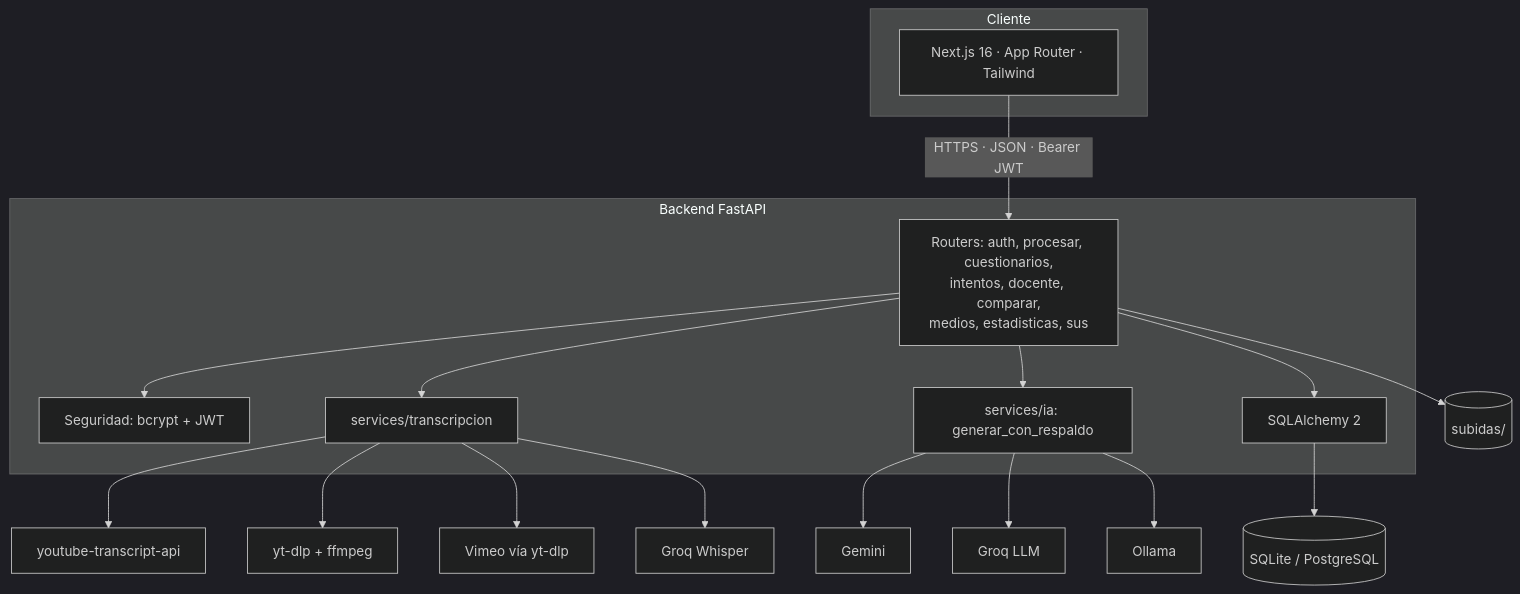
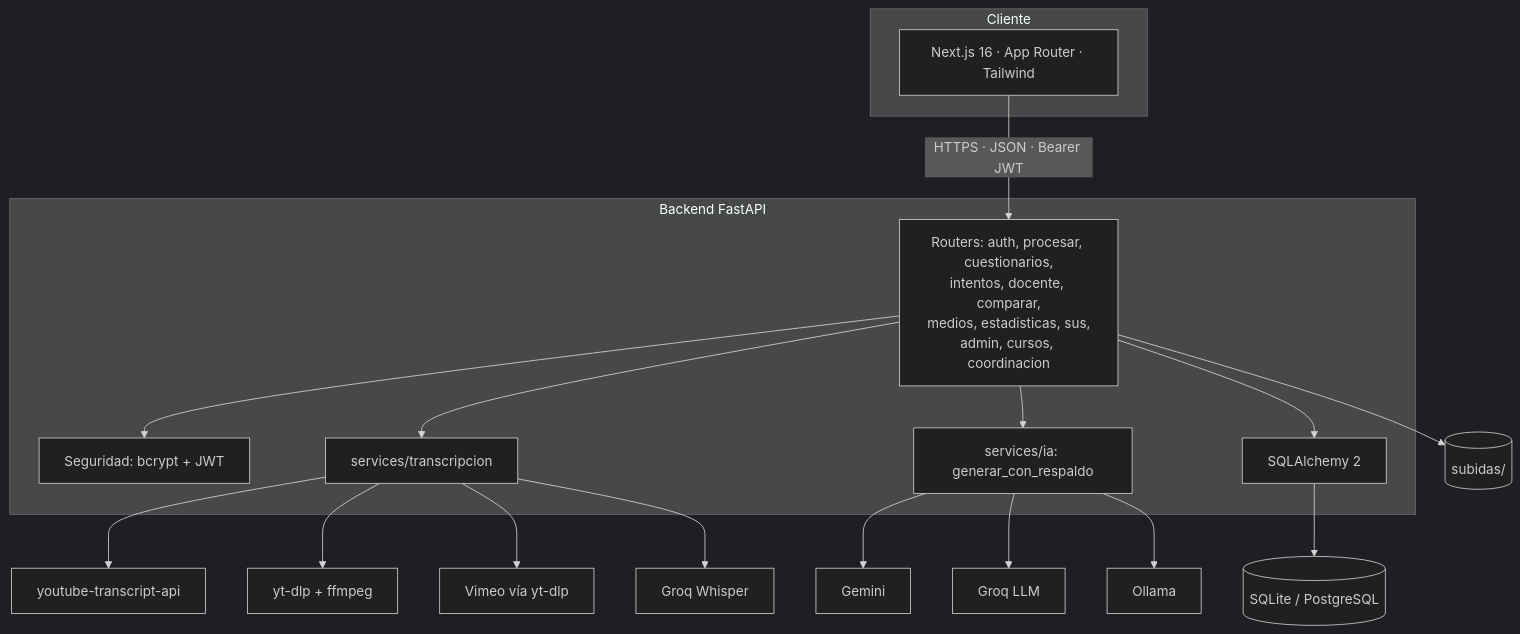
Before and after one commit to DevFajardo/plataforma-aprendizaje-ia: the first of 4 diagrams in docs/MANUAL_TECNICO.md, drawn with Mermaid (dark theme). The commit also changed other lines of this file and 53 other files, not shown here.

````diff
--- a/docs/MANUAL_TECNICO.md
+++ b/docs/MANUAL_TECNICO.md
@@ -5,27 +5,27 @@
 ```mermaid
 flowchart TB
     subgraph Cliente
         N[Next.js 16 · App Router · Tailwind]
     end
     subgraph Servidor["Backend FastAPI"]
-        R[Routers: auth, procesar, cuestionarios,<br/>intentos, docente, comparar,<br/>medios, estadisticas, sus]
+        R[Routers: auth, procesar, cuestionarios,<br/>intentos, docente, comparar,<br/>medios, estadisticas, sus,<br/>admin, cursos, coordinacion]
         S[Seguridad: bcrypt + JWT]
         T[services/transcripcion]
         I[services/ia: generar_con_respaldo]
         M[SQLAlchemy 2]
     end
     N -->|HTTPS · JSON · Bearer JWT| R
     R --> S
     R --> T
     R --> I
     R --> M
     M --> DB[(SQLite / PostgreSQL)]
     R --> FS[(subidas/)]
     T --> YT[youtube-transcript-api]
     T --> YD[yt-dlp + ffmpeg]
     T --> VI[Vimeo vía yt-dlp]
     T --> WH[Groq Whisper]
     I --> GE[Gemini]
     I --> GQ[Groq LLM]
     I --> OL[Ollama]
 ```
````
